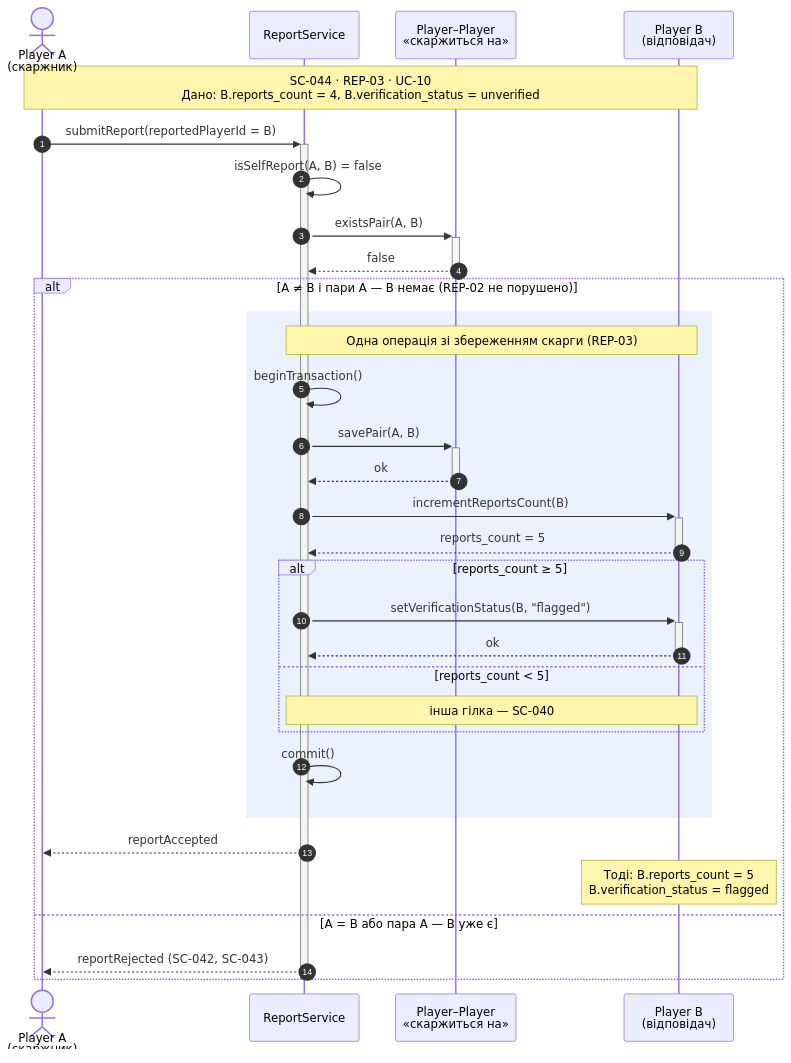
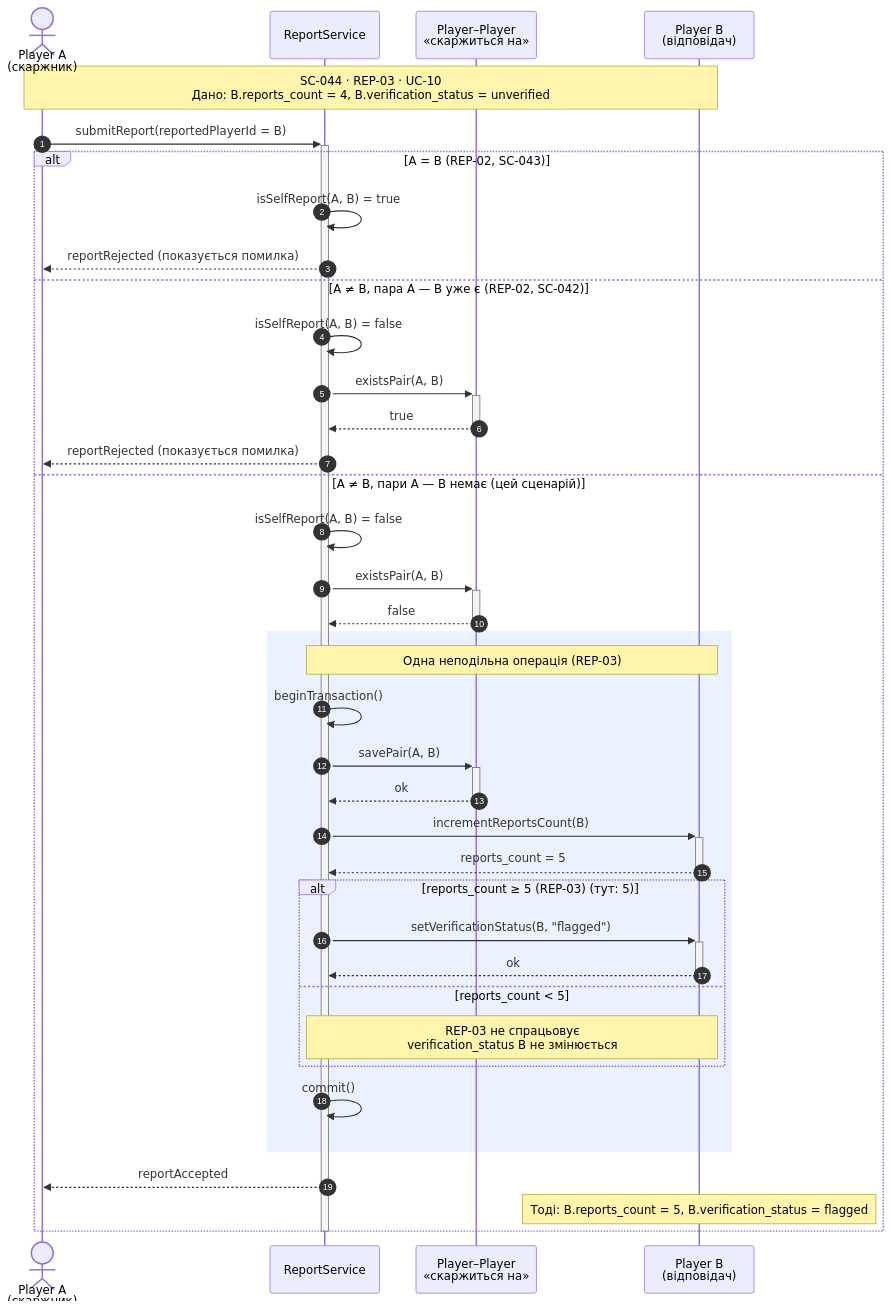
The diagram in lab3/diagrams/sequence-044.mmd (Honike-1/KPI2), drawn with Mermaid before and after one commit. The commit also changed 13 other files, not shown here.

Commit message:
docs: rework diagrams

```diff
--- a/lab3/diagrams/sequence-044.mmd
+++ b/lab3/diagrams/sequence-044.mmd
@@ -1,34 +1,41 @@
 sequenceDiagram
     autonumber
     actor A as Player A<br/>(скаржник)
     participant RS as ReportService
     participant REL as Player–Player<br/>«скаржиться на»
     participant PB as Player B<br/>(відповідач)
 
+
     Note over A,PB: SC-044 · REP-03 · UC-10<br/>Дано: B.reports_count = 4, B.verification_status = unverified
     A->>+RS: submitReport(reportedPlayerId = B)
-    RS->>RS: isSelfReport(A, B) = false
-    RS->>+REL: existsPair(A, B)
-    REL-->>-RS: false
-    alt A ≠ B і пари A — B немає (REP-02 не порушено)
+    alt A = B (REP-02, SC-043)
+        RS->>RS: isSelfReport(A, B) = true
+        RS-->>A: reportRejected (показується помилка)
+    else A ≠ B, пара A — B уже є (REP-02, SC-042)
+        RS->>RS: isSelfReport(A, B) = false
+        RS->>+REL: existsPair(A, B)
+        REL-->>-RS: true
+        RS-->>A: reportRejected (показується помилка)
+    else A ≠ B, пари A — B немає (цей сценарій)
+        RS->>RS: isSelfReport(A, B) = false
+        RS->>+REL: existsPair(A, B)
+        REL-->>-RS: false
         rect rgba(120, 160, 255, 0.15)
-            Note over RS,PB: Одна операція зі збереженням скарги (REP-03)
+            Note over RS,PB: Одна неподільна операція (REP-03)
             RS->>RS: beginTransaction()
             RS->>+REL: savePair(A, B)
             REL-->>-RS: ok
             RS->>+PB: incrementReportsCount(B)
             PB-->>-RS: reports_count = 5
-            alt reports_count ≥ 5
+            alt reports_count ≥ 5 (REP-03) (тут: 5)
                 RS->>+PB: setVerificationStatus(B, "flagged")
                 PB-->>-RS: ok
             else reports_count < 5
-                Note over RS,PB: інша гілка — SC-040
+                Note over RS,PB: REP-03 не спрацьовує<br/>verification_status B не змінюється
             end
             RS->>RS: commit()
         end
         RS-->>A: reportAccepted
-        Note over PB: Тоді: B.reports_count = 5<br/>B.verification_status = flagged
-    else A = B або пара A — B уже є
-        RS-->>A: reportRejected (SC-042, SC-043)
+        Note over PB: Тоді: B.reports_count = 5, B.verification_status = flagged
     end
     deactivate RS
```
